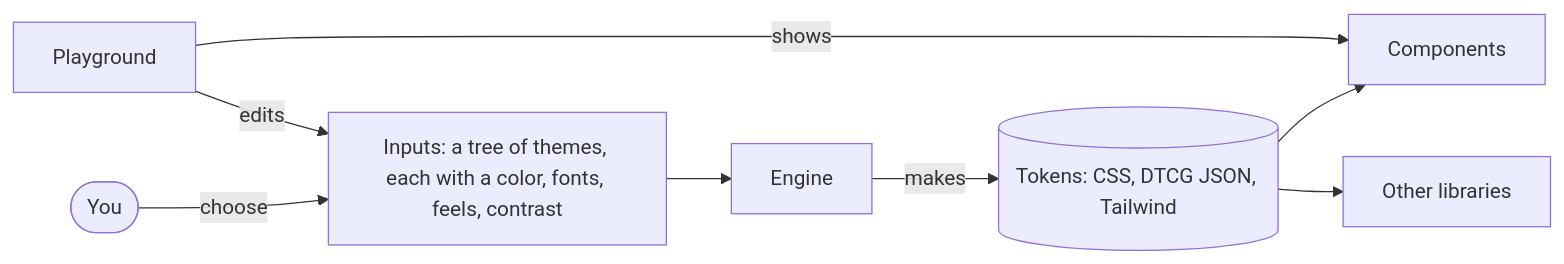
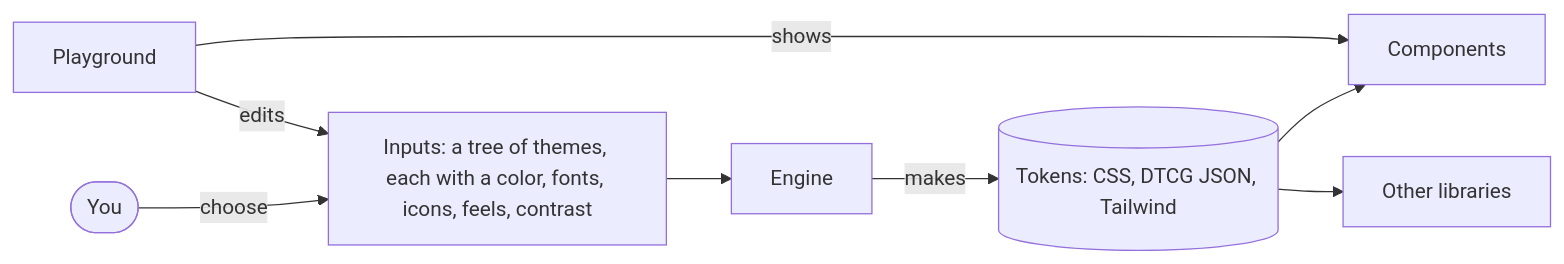
One commit to method-run/idk-themetron changed the diagram in README.md. Above: the diagram before and after it, drawn with Mermaid. The commit also changed other lines of this file, not shown here.

Commit message:
Mention icons in the README intro

````diff
--- a/README.md
+++ b/README.md
@@ -14,10 +14,10 @@
 ```mermaid
 flowchart LR
-  you([You]) -->|choose| inputs[Inputs: a tree of themes, each with a color, fonts, feels, contrast]
+  you([You]) -->|choose| inputs[Inputs: a tree of themes, each with a color, fonts, icons, feels, contrast]
   inputs --> engine[Engine]
   engine -->|makes| tokens[(Tokens: CSS, DTCG JSON, Tailwind)]
   tokens --> components[Components]
   tokens --> other[Other libraries]
   playground[Playground] -->|edits| inputs
   playground -->|shows| components
 ```
````
